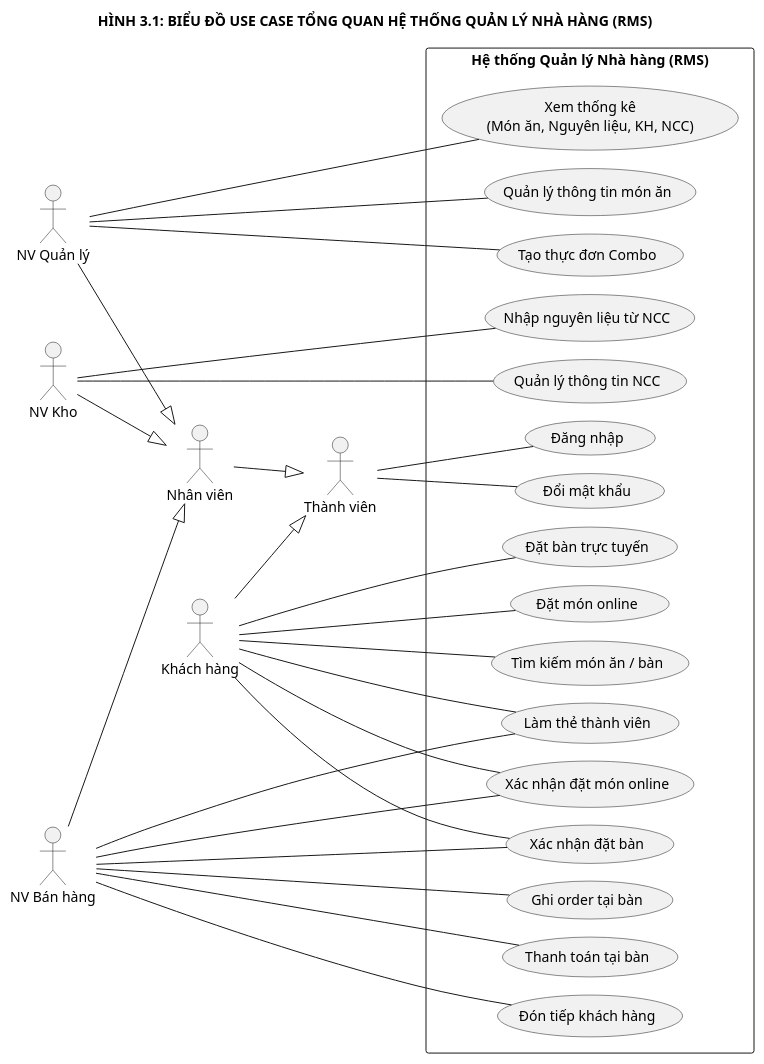
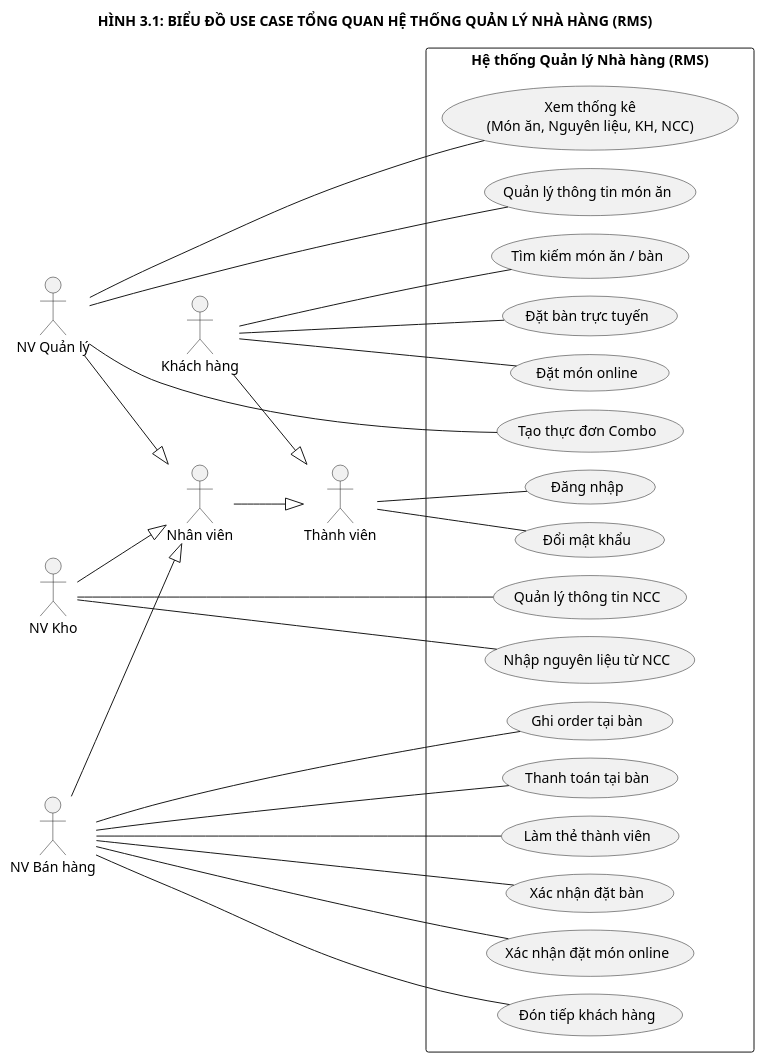
The diagram in docs/plantuml/dac_ta/Spec_01_UseCase_TongQuan.puml (NEWBIE1005/RMS_RestaurantManagementSystem), drawn with PlantUML before and after one commit. The commit also changed 1 other file, not shown here.

Commit message:
Refine Spec_01 actor associations: staff operates counter UCs, customer triggers self-service UCs only

```diff
--- a/docs/plantuml/dac_ta/Spec_01_UseCase_TongQuan.puml
+++ b/docs/plantuml/dac_ta/Spec_01_UseCase_TongQuan.puml
@@ -1,71 +1,68 @@
 @startuml Spec_01_UseCase_TongQuan
 left to right direction
 skinparam packageStyle rectangle
 skinparam monochrome true
 skinparam shadowing false
 skinparam nodesep 18
 skinparam ranksep 65
 
 title HÌNH 3.1: BIỂU ĐỒ USE CASE TỔNG QUAN HỆ THỐNG QUẢN LÝ NHÀ HÀNG (RMS)
 
 actor "Thành viên" as Member
 actor "Nhân viên" as Staff
 actor "NV Quản lý" as Manager
 actor "NV Kho" as Warehouse
 actor "NV Bán hàng" as Sale
 actor "Khách hàng" as Customer
 
 Staff --|> Member
 Customer --|> Member
 Manager --|> Staff
 Warehouse --|> Staff
 Sale --|> Staff
 
 rectangle "Hệ thống Quản lý Nhà hàng (RMS)" {
     usecase "Xem thống kê\n(Món ăn, Nguyên liệu, KH, NCC)" as UC_ViewStats
     usecase "Quản lý thông tin món ăn" as UC_ManageDish
     usecase "Tạo thực đơn Combo" as UC_MakeCombo
 
     usecase "Quản lý thông tin NCC" as UC_ManageSup
     usecase "Nhập nguyên liệu từ NCC" as UC_ImportMat
 
     usecase "Đăng nhập" as UC_Login
     usecase "Đổi mật khẩu" as UC_ChangePwd
 
     usecase "Đón tiếp khách hàng" as UC_ReceiveCust
     usecase "Ghi order tại bàn" as UC_TakeOrder
     usecase "Thanh toán tại bàn" as UC_PayAtTable
     usecase "Làm thẻ thành viên" as UC_MakeCard
     usecase "Xác nhận đặt bàn" as UC_ConfirmRes
     usecase "Xác nhận đặt món online" as UC_ConfirmOrd
 
     usecase "Tìm kiếm món ăn / bàn" as UC_Search
     usecase "Đặt bàn trực tuyến" as UC_BookTable
     usecase "Đặt món online" as UC_OrderOnline
 }
 
 Member -- UC_Login
 Member -- UC_ChangePwd
 
 Manager -- UC_ViewStats
 Manager -- UC_ManageDish
 Manager -- UC_MakeCombo
 
 Warehouse -- UC_ManageSup
 Warehouse -- UC_ImportMat
 
 Sale -- UC_ReceiveCust
 Sale -- UC_TakeOrder
 Sale -- UC_PayAtTable
 Sale -- UC_MakeCard
 Sale -- UC_ConfirmRes
 Sale -- UC_ConfirmOrd
 
-Customer -- UC_MakeCard
-Customer -- UC_ConfirmRes
-Customer -- UC_ConfirmOrd
 Customer -- UC_Search
 Customer -- UC_BookTable
 Customer -- UC_OrderOnline
 
 @enduml
```
